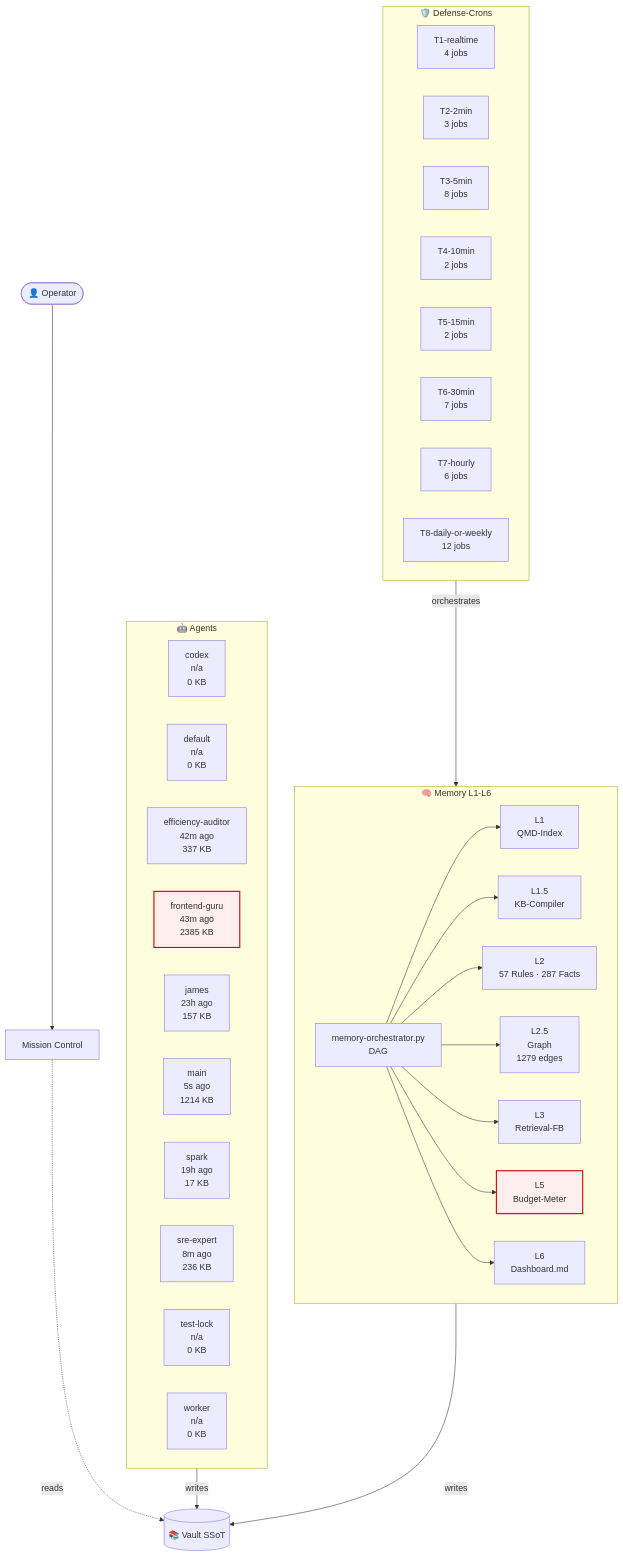
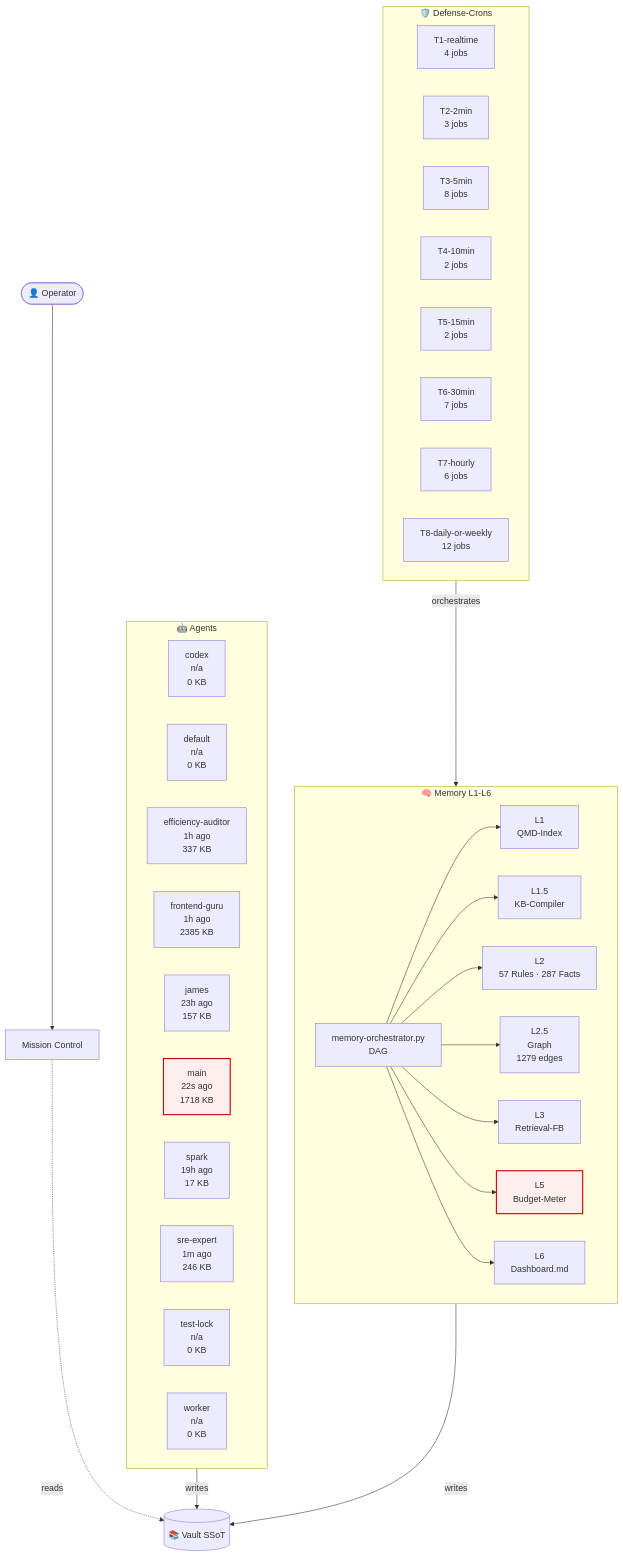
Before and after one commit to lenardhuebner88-rgb/openclaw-memory: the diagram in 03-Agents/architecture-live.md, drawn with Mermaid. The commit also changed other lines of this file and 5 other files, not shown here.

````diff
--- a/03-Agents/architecture-live.md
+++ b/03-Agents/architecture-live.md
@@ -18,53 +18,53 @@
 ```mermaid
 flowchart TB
     classDef critical fill:#fee,stroke:#c00,stroke-width:2px;
     subgraph AGT["🤖 Agents"]
         agent_codex["codex<br/>n/a<br/>0 KB"]
         agent_default["default<br/>n/a<br/>0 KB"]
-        agent_efficiency_auditor["efficiency-auditor<br/>42m ago<br/>337 KB"]
-        agent_frontend_guru["frontend-guru<br/>43m ago<br/>2385 KB"]
+        agent_efficiency_auditor["efficiency-auditor<br/>1h ago<br/>337 KB"]
+        agent_frontend_guru["frontend-guru<br/>1h ago<br/>2385 KB"]
         agent_james["james<br/>23h ago<br/>157 KB"]
-        agent_main["main<br/>5s ago<br/>1214 KB"]
+        agent_main["main<br/>22s ago<br/>1718 KB"]
         agent_spark["spark<br/>19h ago<br/>17 KB"]
-        agent_sre_expert["sre-expert<br/>8m ago<br/>236 KB"]
+        agent_sre_expert["sre-expert<br/>1m ago<br/>246 KB"]
         agent_test_lock["test-lock<br/>n/a<br/>0 KB"]
         agent_worker["worker<br/>n/a<br/>0 KB"]
     end
     subgraph MEM["🧠 Memory L1-L6"]
         L1["L1<br/>QMD-Index"]
         L15["L1.5<br/>KB-Compiler"]
         L2["L2<br/>57 Rules · 287 Facts"]
         L25["L2.5<br/>Graph<br/>1279 edges"]
         L3["L3<br/>Retrieval-FB"]
         L5["L5<br/>Budget-Meter"]
         L6["L6<br/>Dashboard.md"]
         ORCH["memory-orchestrator.py<br/>DAG"]
     end
     subgraph CRN["🛡️ Defense-Crons"]
         tier_T1_realtime["T1-realtime<br/>4 jobs"]
         tier_T2_2min["T2-2min<br/>3 jobs"]
         tier_T3_5min["T3-5min<br/>8 jobs"]
         tier_T4_10min["T4-10min<br/>2 jobs"]
         tier_T5_15min["T5-15min<br/>2 jobs"]
         tier_T6_30min["T6-30min<br/>7 jobs"]
         tier_T7_hourly["T7-hourly<br/>6 jobs"]
         tier_T8_daily_or_weekly["T8-daily-or-weekly<br/>12 jobs"]
     end
     VAULT[("📚 Vault SSoT")]
     OP([👤 Operator])
     MC["Mission Control"]
     OP --> MC
     MC -.reads.-> VAULT
     AGT -->|writes| VAULT
     MEM -->|writes| VAULT
     ORCH --> L1
     ORCH --> L15
     ORCH --> L2
     ORCH --> L25
     ORCH --> L3
     ORCH --> L5
     ORCH --> L6
     CRN -->|orchestrates| MEM
     class L5 critical
-    class agent_frontend_guru critical
+    class agent_main critical
 ```
````
